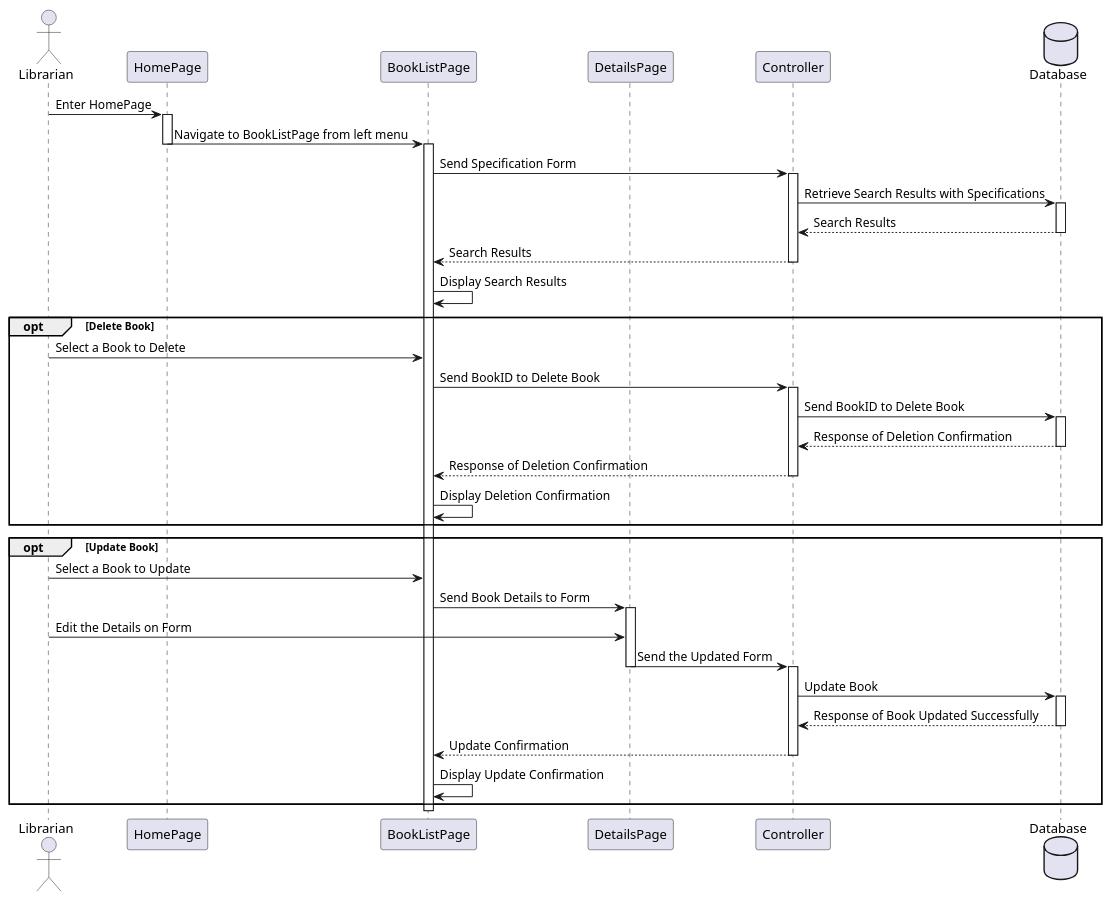
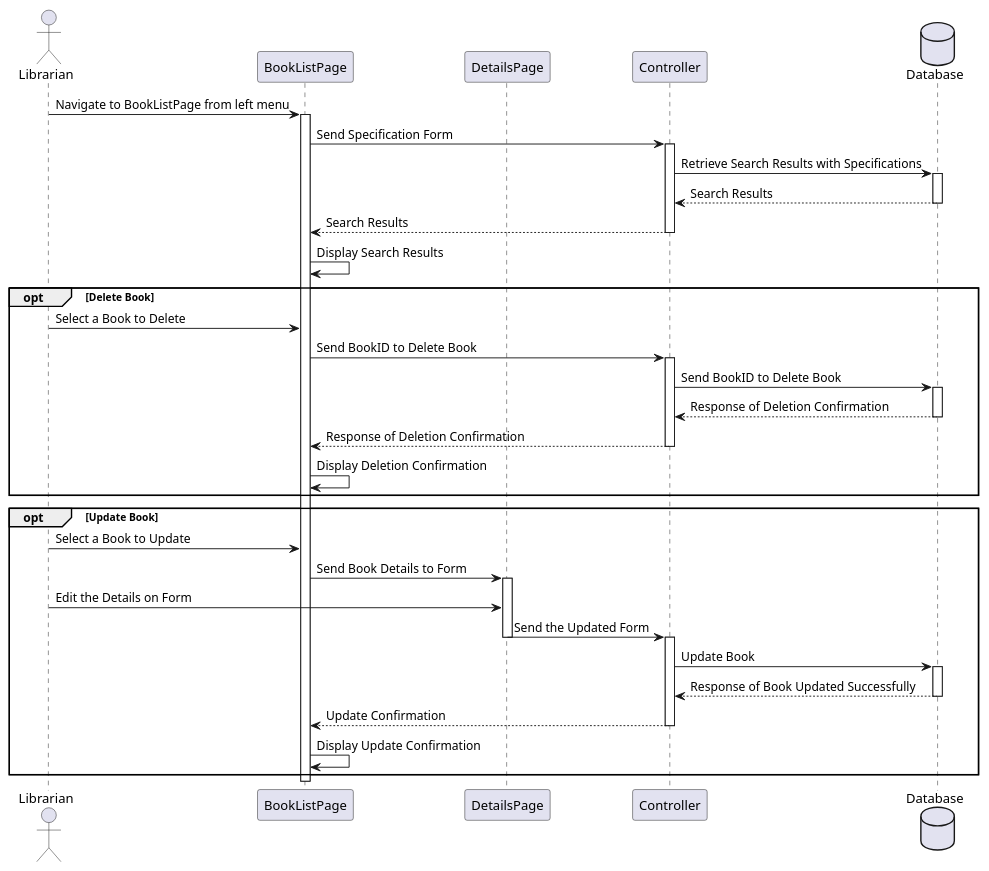
One commit to bartucank/mlm changed the diagram in docs/umlDiagrams/Sequence Diagrams/SearchBookForLibrarian.puml. Above: the diagram before and after it, drawn with PlantUML. The commit also changed 24 other files, not shown here.

```diff
--- a/docs/umlDiagrams/Sequence Diagrams/SearchBookForLibrarian.puml
+++ b/docs/umlDiagrams/Sequence Diagrams/SearchBookForLibrarian.puml
@@ -1,68 +1,63 @@
 @startuml SearchBookForLibrarian
 actor Librarian
-participant HomePage as HomePage
 participant BookListPage as SearchPage
 participant DetailsPage as DetailsPage
 participant Controller as Controller
 database Database
 
-Librarian-> HomePage: Enter HomePage
-activate HomePage
-
-HomePage -> SearchPage: Navigate to BookListPage from left menu
-deactivate HomePage
+Librarian -> SearchPage: Navigate to BookListPage from left menu
 activate SearchPage
 
 SearchPage -> Controller: Send Specification Form
 activate Controller
 
 Controller -> Database: Retrieve Search Results with Specifications
 activate Database
 
 Database --> Controller:  Search Results
 deactivate Database
 
 Controller --> SearchPage:  Search Results
 deactivate Controller
 SearchPage -> SearchPage: Display Search Results
 
 opt Delete Book
     Librarian -> SearchPage: Select a Book to Delete
     SearchPage -> Controller: Send BookID to Delete Book
     activate Controller
 
     Controller -> Database: Send BookID to Delete Book
     activate Database
 
     Database --> Controller: Response of Deletion Confirmation
     deactivate Database
 
     Controller --> SearchPage: Response of Deletion Confirmation
     deactivate Controller
     SearchPage -> SearchPage: Display Deletion Confirmation
 end
 
 opt Update Book
     Librarian -> SearchPage: Select a Book to Update
     
     SearchPage -> DetailsPage: Send Book Details to Form
     activate DetailsPage
     Librarian -> DetailsPage: Edit the Details on Form
     
     DetailsPage -> Controller: Send the Updated Form
     deactivate DetailsPage
     activate Controller
     
     Controller -> Database: Update Book
     activate Database
 
     Database --> Controller: Response of Book Updated Successfully
     deactivate Database
 
     Controller --> SearchPage:  Update Confirmation
     deactivate Controller
     SearchPage -> SearchPage: Display Update Confirmation
 end
 
 deactivate SearchPage
 @enduml
```
